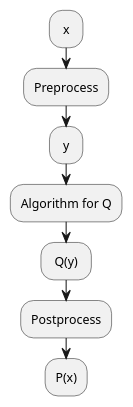
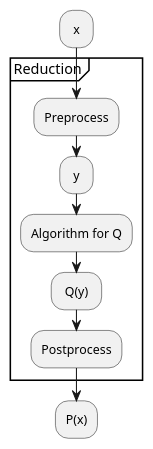
Before and after one commit to ashwinreddy/wiki: the diagram in Computer-Science/Computational-Complexity-Theory/Reduction.md, drawn with PlantUML.

Commit message:
Updated Reduction.md (markdown)

```diff
--- a/Computer-Science/Computational-Complexity-Theory/Reduction.md
+++ b/Computer-Science/Computational-Complexity-Theory/Reduction.md
@@ -3,9 +3,11 @@
 @startuml
 : x ;
+partition Reduction {
 :Preprocess;
 : y ;
 :Algorithm for Q;
 : Q(y) ;
 :Postprocess;
+}
 :P(x);
 @enduml
```
